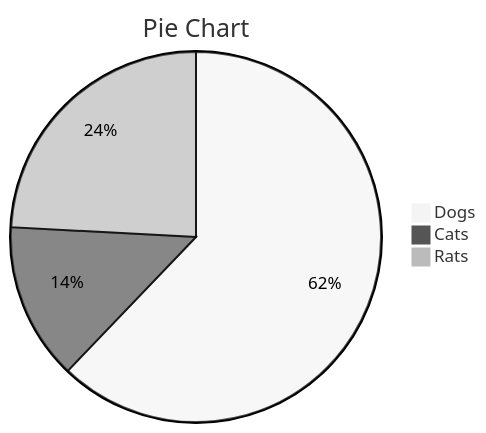
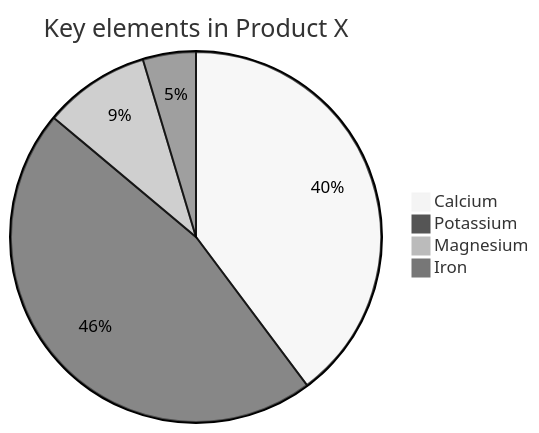
Before and after one commit to 8ku/note_other: the fifth of 5 diagrams in math/markdown里打数学公式及图表.md, drawn with Mermaid (neutral theme). The commit also changed other lines of this file, not shown here.

```diff
--- a/math/markdown里打数学公式及图表.md
+++ b/math/markdown里打数学公式及图表.md
@@ -299,7 +308,8 @@
 <div class="mermaid">
 pie
-    title Pie Chart
-    "Dogs" : 386
-    "Cats" : 85
-    "Rats" : 150
+    title Key elements in Product X
+    "Calcium" : 42.96
+    "Potassium" : 50.05
+    "Magnesium" : 10.01
+    "Iron" :  5
 </div>    
```
